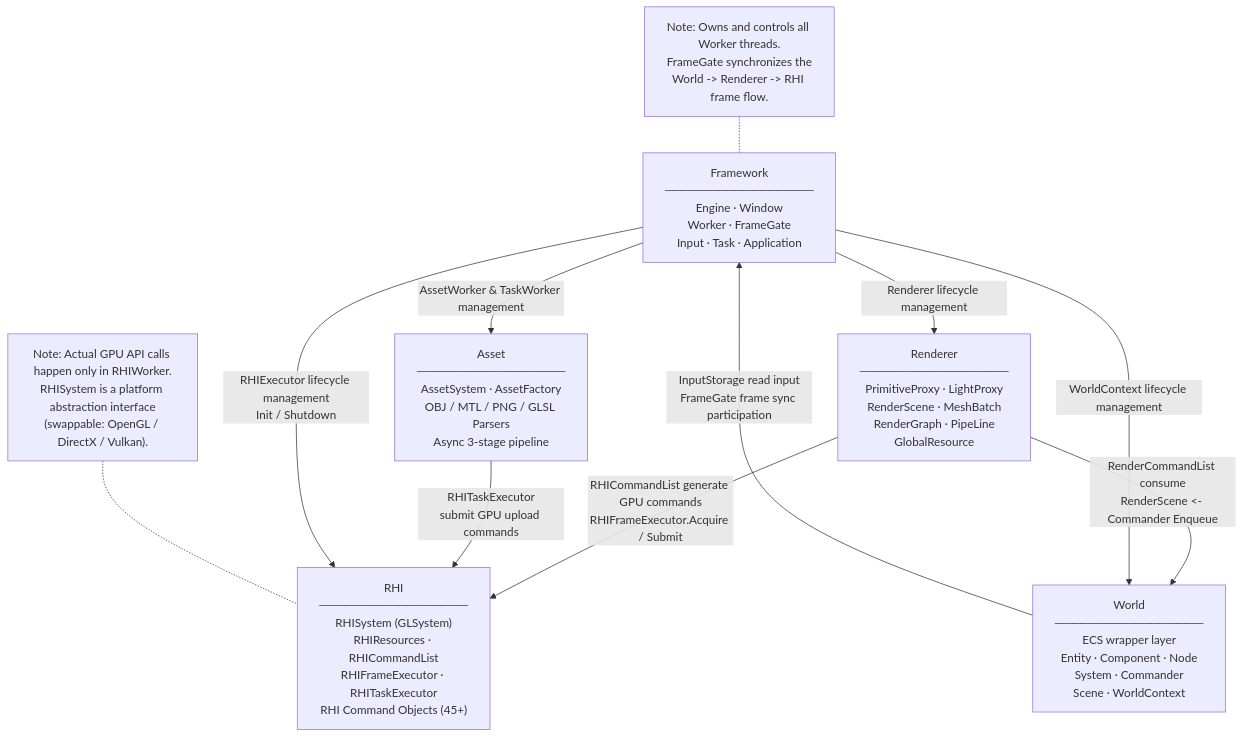
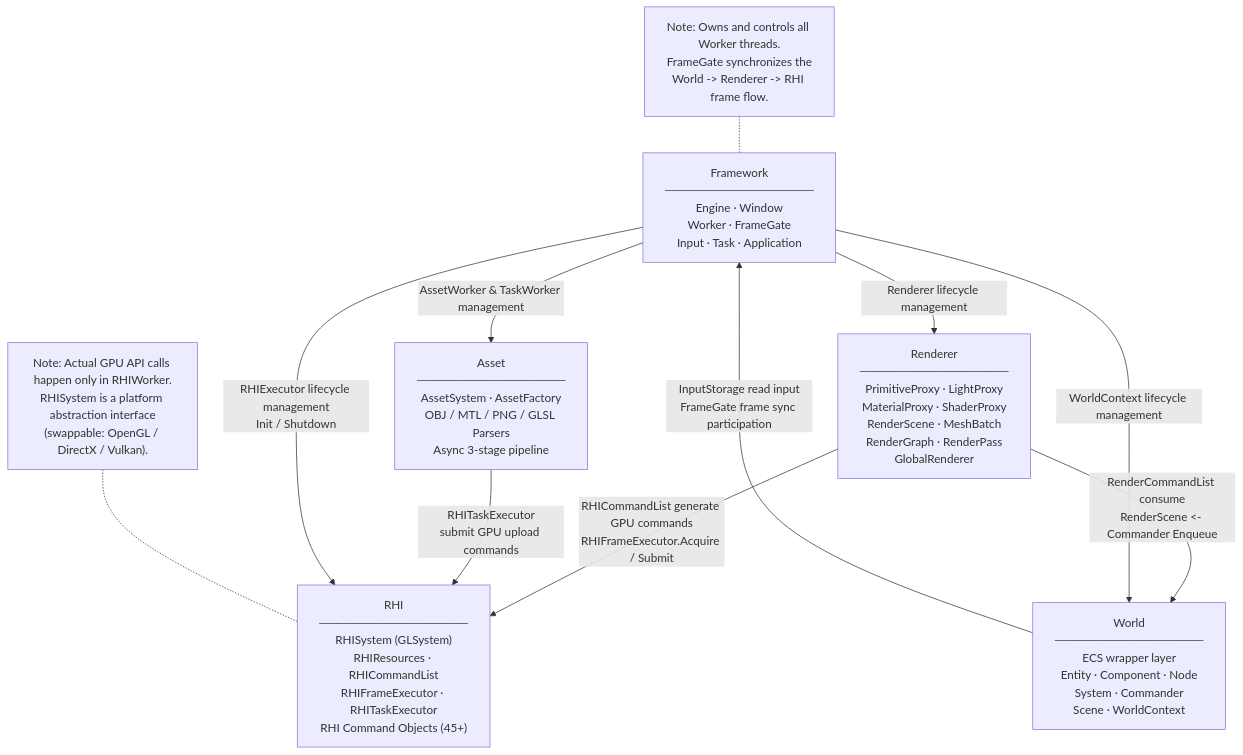
Before and after one commit to Winteradio/Game-Engine: the second of 16 diagrams in README.md, drawn with Mermaid. The commit also changed other lines of this file, not shown here.

````diff
--- a/README.md
+++ b/README.md
@@ -138,20 +154,20 @@
 ```mermaid
 flowchart TD
     FW["Framework<br>─────────────────<br>Engine · Window<br>Worker · FrameGate<br>Input · Task · Application"]
     WO["World<br>─────────────────<br>ECS wrapper layer<br>Entity · Component · Node<br>System · Commander<br>Scene · WorldContext"]
-    RD["Renderer<br>─────────────────<br>PrimitiveProxy · LightProxy<br>RenderScene · MeshBatch<br>RenderGraph · PipeLine<br>GlobalResource"]
+    RD["Renderer<br>─────────────────<br>PrimitiveProxy · LightProxy<br>MaterialProxy · ShaderProxy<br>RenderScene · MeshBatch<br>RenderGraph · RenderPass<br>GlobalRenderer"]
     RI["RHI<br>─────────────────<br>RHISystem (GLSystem)<br>RHIResources · RHICommandList<br>RHIFrameExecutor · RHITaskExecutor<br>RHI Command Objects (45+)"]
     AS["Asset<br>─────────────────<br>AssetSystem · AssetFactory<br>OBJ / MTL / PNG / GLSL Parsers<br>Async 3-stage pipeline"]
 
     WO -->|InputStorage read input<br>FrameGate frame sync participation| FW
     RD -->|RenderCommandList consume<br>RenderScene <- Commander Enqueue| WO
     RD -->|RHICommandList generate GPU commands<br>RHIFrameExecutor.Acquire / Submit| RI
     AS -->|RHITaskExecutor<br>submit GPU upload commands| RI
     FW -->|RHIExecutor lifecycle management<br>Init / Shutdown| RI
     FW -->|WorldContext lifecycle management| WO
     FW -->|Renderer lifecycle management| RD
     FW -->|AssetWorker & TaskWorker management| AS
 
     FW_Note["Note: Owns and controls all Worker threads.<br>FrameGate synchronizes the<br>World -> Renderer -> RHI frame flow."] -.- FW
     RI_Note["Note: Actual GPU API calls happen only in RHIWorker.<br>RHISystem is a platform abstraction interface<br>(swappable: OpenGL / DirectX / Vulkan)."] -.- RI
 ```
````
